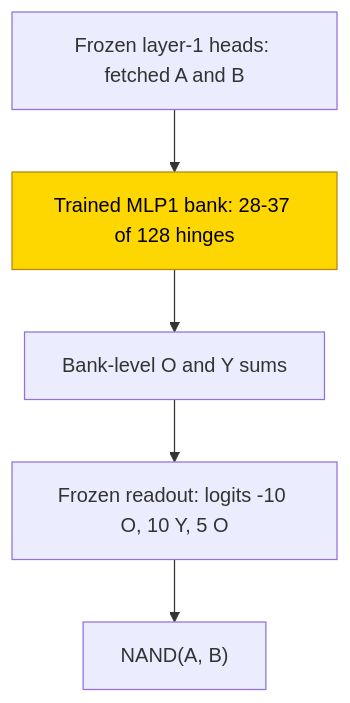
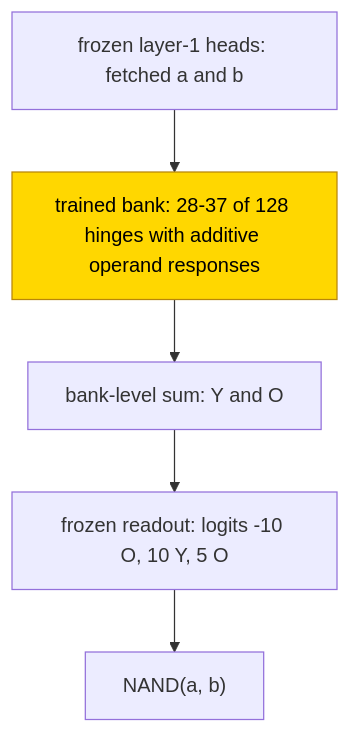
Before and after one commit to jc1122/mechanistic-interpretability-circuit-atlas: the second of 2 diagrams in entries/quadratic-roots.md, drawn with Mermaid. The commit also changed other lines of this file and 54 other files, not shown here.

````diff
--- a/entries/quadratic-roots.md
+++ b/entries/quadratic-roots.md
@@ -216,9 +184,9 @@
 ```mermaid
 flowchart TD
-    L1["Frozen layer-1 heads: fetched A and B"] --> B["Trained MLP1 bank: 28-37 of 128 hinges"]
-    B --> S["Bank-level O and Y sums"]
-    S --> R["Frozen readout: logits -10 O, 10 Y, 5 O"]
-    R --> Y["NAND(A, B)"]
+    L1["frozen layer-1 heads: fetched a and b"] --> B["trained bank: 28-37 of 128 hinges with additive operand responses"]
+    B --> S["bank-level sum: Y and O"]
+    S --> R["frozen readout: logits -10 O, 10 Y, 5 O"]
+    R --> Y["NAND(a, b)"]
     classDef trained fill:gold,stroke:darkgoldenrod,color:black
     class B trained
 ```
````
